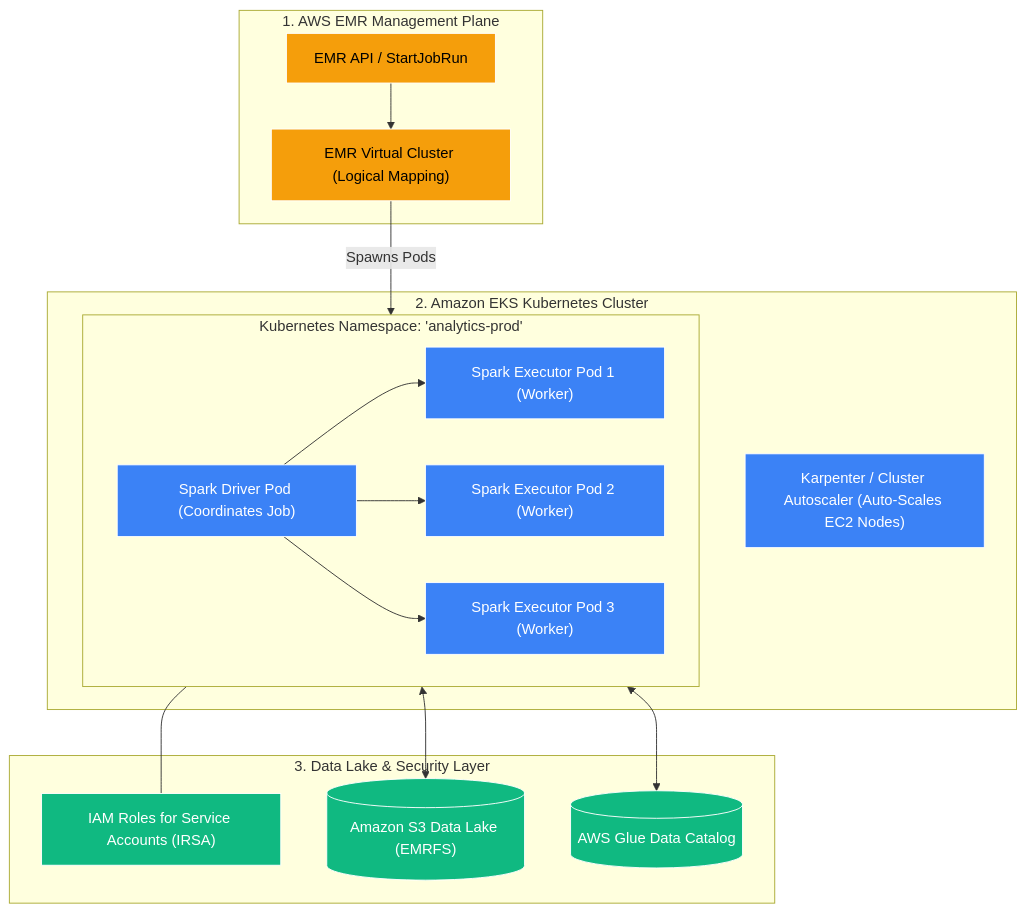
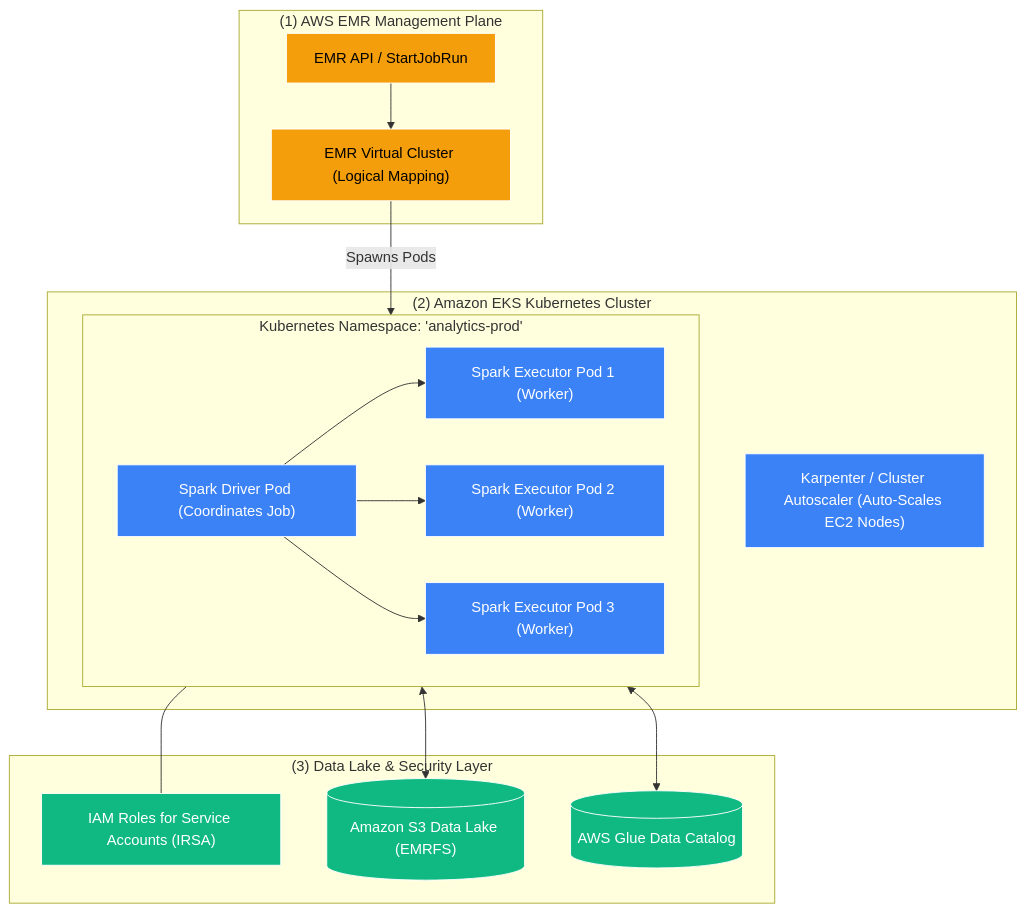
Before and after one commit to Wathon/aws-dea-c01-note: the diagram in content/en/02-services/analytics-streaming/emr/emr-on-eks.md, drawn with Mermaid. The commit also changed 49 other files, not shown here.

Commit message:
Fix 'Unsupported markdown: list' Mermaid rendering issues across all English and Burmese notes

````diff
--- a/content/en/02-services/analytics-streaming/emr/emr-on-eks.md
+++ b/content/en/02-services/analytics-streaming/emr/emr-on-eks.md
@@ -32,41 +32,41 @@
 ```mermaid
 graph TD
-    subgraph EMRControlPlane["1. AWS EMR Management Plane"]
+    subgraph EMRControlPlane["(1) AWS EMR Management Plane"]
         EMRAPI["EMR API / StartJobRun"]
         VirtualCluster["EMR Virtual Cluster (Logical Mapping)"]
         EMRAPI --> VirtualCluster
     end
 
-    subgraph EKSCluster["2. Amazon EKS Kubernetes Cluster"]
+    subgraph EKSCluster["(2) Amazon EKS Kubernetes Cluster"]
         subgraph KubeNamespace["Kubernetes Namespace: 'analytics-prod'"]
             SparkDriver["Spark Driver Pod (Coordinates Job)"]
             SparkExec1["Spark Executor Pod 1 (Worker)"]
             SparkExec2["Spark Executor Pod 2 (Worker)"]
             SparkExec3["Spark Executor Pod 3 (Worker)"]
         end
         KubeAutoscaler["Karpenter / Cluster Autoscaler (Auto-Scales EC2 Nodes)"]
     end
 
-    subgraph StorageSecurity["3. Data Lake & Security Layer"]
+    subgraph StorageSecurity["(3) Data Lake & Security Layer"]
         IRSA["IAM Roles for Service Accounts (IRSA)"]
         S3DataLake[("Amazon S3 Data Lake (EMRFS)")]
         GlueCatalog[("AWS Glue Data Catalog")]
     end
 
     VirtualCluster -->|Spawns Pods| KubeNamespace
     SparkDriver --> SparkExec1
     SparkDriver --> SparkExec2
     SparkDriver --> SparkExec3
 
     KubeNamespace --- IRSA
     KubeNamespace <--> S3DataLake
     KubeNamespace <--> GlueCatalog
 
     classDef emr fill:#f59e0b,stroke:#fff,stroke-width:1px,color:#000;
     classDef eks fill:#3b82f6,stroke:#fff,stroke-width:1px,color:#fff;
     classDef store fill:#10b981,stroke:#fff,stroke-width:1px,color:#fff;
 
     class EMRAPI,VirtualCluster emr;
     class SparkDriver,SparkExec1,SparkExec2,SparkExec3,KubeAutoscaler eks;
     class IRSA,S3DataLake,GlueCatalog store;
 ```
````
